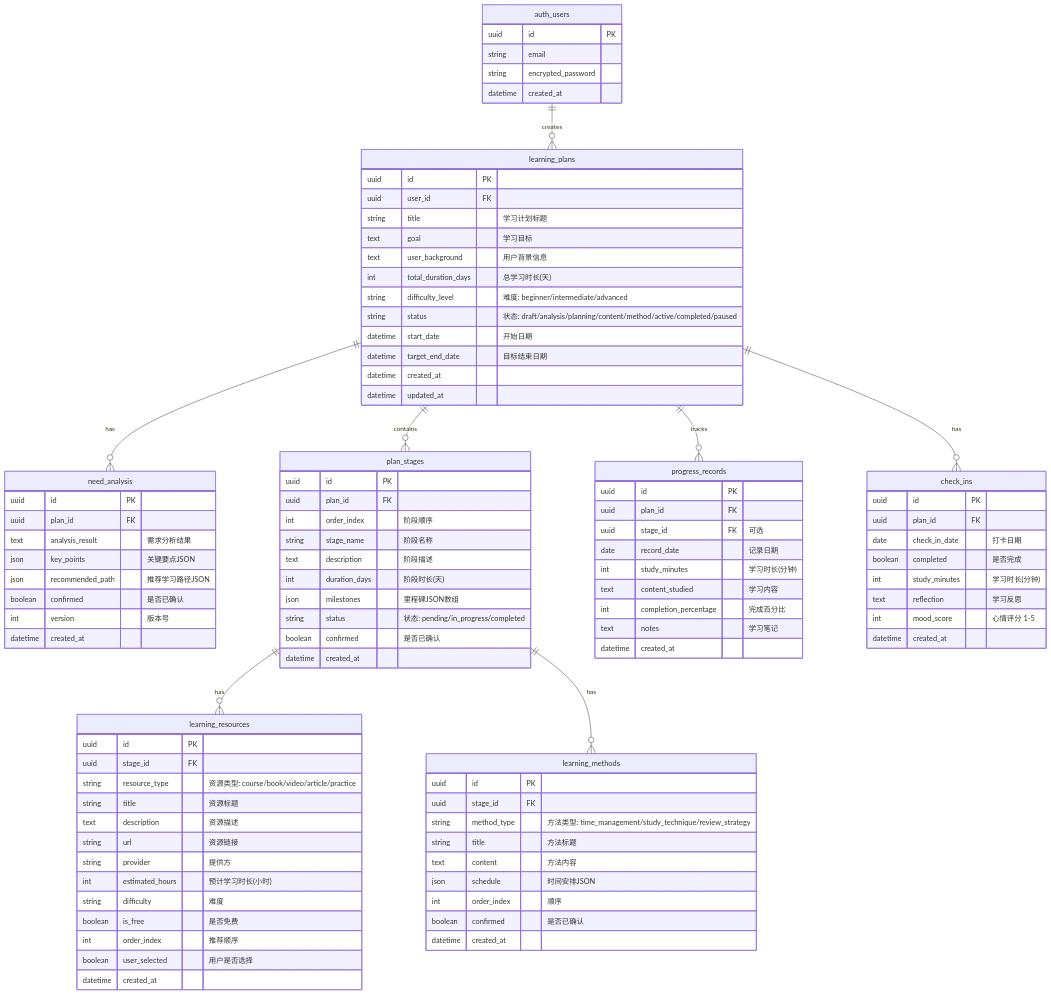
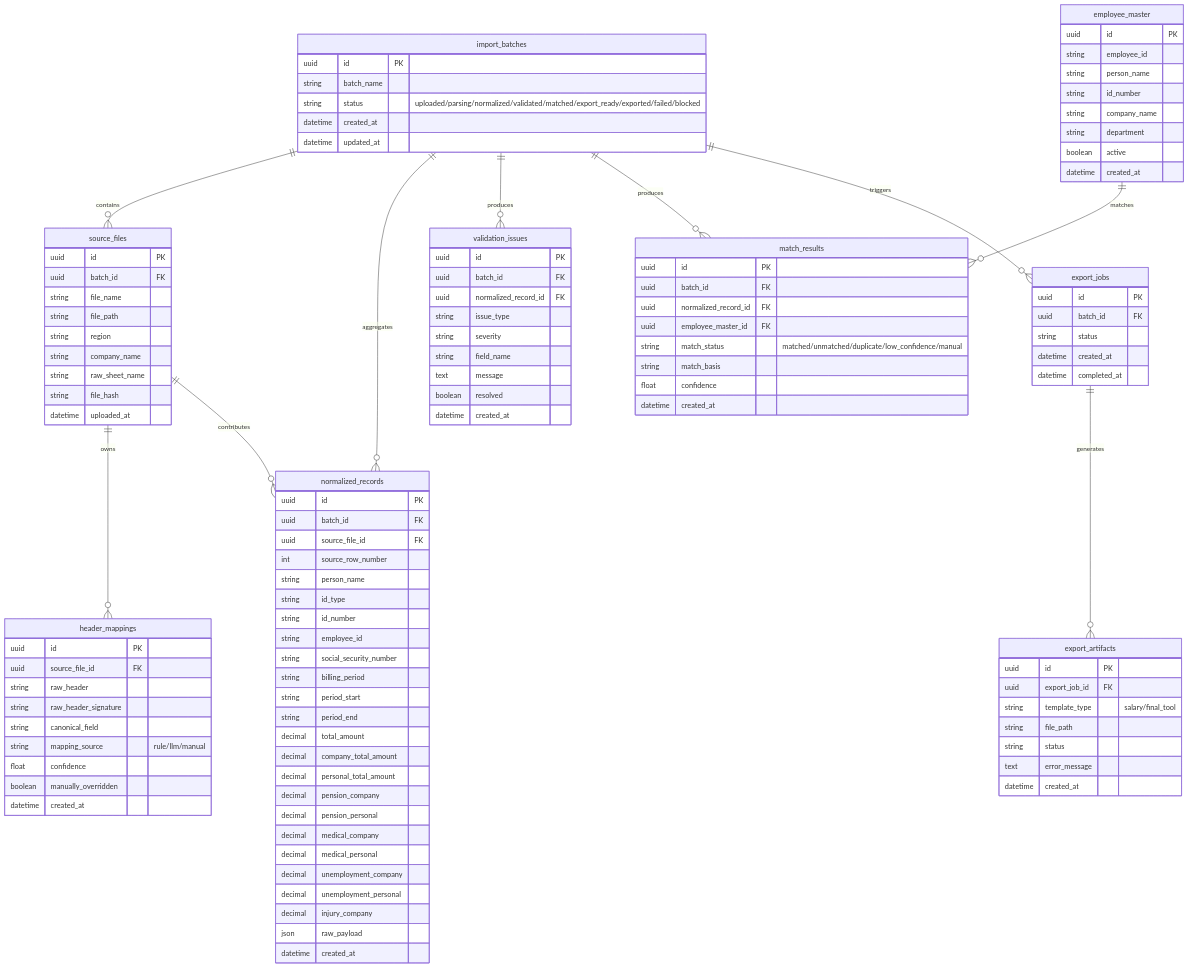
Before and after one commit to AAON66/5xyj: the fourth of 5 diagrams in .claude/architecture.md, drawn with Mermaid. The commit also changed other lines of this file and 55 other files, not shown here.

````diff
--- a/.claude/architecture.md
+++ b/.claude/architecture.md
@@ -159,107 +165,125 @@
 ```mermaid
 erDiagram
-    auth_users ||--o{ learning_plans : creates
-    learning_plans ||--o{ need_analysis : has
-    learning_plans ||--o{ plan_stages : contains
-    plan_stages ||--o{ learning_resources : has
-    plan_stages ||--o{ learning_methods : has
-    learning_plans ||--o{ progress_records : tracks
-    learning_plans ||--o{ check_ins : has
+    import_batches ||--o{ source_files : contains
+    import_batches ||--o{ normalized_records : aggregates
+    import_batches ||--o{ validation_issues : produces
+    import_batches ||--o{ match_results : produces
+    import_batches ||--o{ export_jobs : triggers
 
-    auth_users {
+    source_files ||--o{ header_mappings : owns
+    source_files ||--o{ normalized_records : contributes
+
+    employee_master ||--o{ match_results : matches
+    export_jobs ||--o{ export_artifacts : generates
+
+    import_batches {
         uuid id PK
-        string email
-        string encrypted_password
-        datetime created_at
-    }
-
-    learning_plans {
-        uuid id PK
-        uuid user_id FK
-        string title "学习计划标题"
-        text goal "学习目标"
-        text user_background "用户背景信息"
-        int total_duration_days "总学习时长(天)"
-        string difficulty_level "难度: beginner/intermediate/advanced"
-        string status "状态: draft/analysis/planning/content/method/active/completed/paused"
-        datetime start_date "开始日期"
-        datetime target_end_date "目标结束日期"
+        string batch_name
+        string status "uploaded/parsing/normalized/validated/matched/export_ready/exported/failed/blocked"
         datetime created_at
         datetime updated_at
     }
 
-    need_analysis {
+    source_files {
         uuid id PK
-        uuid plan_id FK
-        text analysis_result "需求分析结果"
-        json key_points "关键要点JSON"
-        json recommended_path "推荐学习路径JSON"
-        boolean confirmed "是否已确认"
-        int version "版本号"
+        uuid batch_id FK
+        string file_name
+        string file_path
+        string region
+        string company_name
+        string raw_sheet_name
+        string file_hash
+        datetime uploaded_at
+    }
+
+    header_mappings {
+        uuid id PK
+        uuid source_file_id FK
+        string raw_header
+        string raw_header_signature
+        string canonical_field
+        string mapping_source "rule/llm/manual"
+        float confidence
+        boolean manually_overridden
         datetime created_at
     }
 
-    plan_stages {
+    normalized_records {
         uuid id PK
-        uuid plan_id FK
-        int order_index "阶段顺序"
-        string stage_name "阶段名称"
-        text description "阶段描述"
-        int duration_days "阶段时长(天)"
-        json milestones "里程碑JSON数组"
-        string status "状态: pending/in_progress/completed"
-        boolean confirmed "是否已确认"
+        uuid batch_id FK
+        uuid source_file_id FK
+        int source_row_number
+        string person_name
+        string id_type
+        string id_number
+        string employee_id
+        string social_security_number
+        string billing_period
+        string period_start
+        string period_end
+        decimal total_amount
+        decimal company_total_amount
+        decimal personal_total_amount
+        decimal pension_company
+        decimal pension_personal
+        decimal medical_company
+        decimal medical_personal
+        decimal unemployment_company
+        decimal unemployment_personal
+        decimal injury_company
+        json raw_payload
         datetime created_at
     }
 
-    learning_resources {
+    validation_issues {
         uuid id PK
-        uuid stage_id FK
-        string resource_type "资源类型: course/book/video/article/practice"
-        string title "资源标题"
-        text description "资源描述"
-        string url "资源链接"
-        string provider "提供方"
-        int estimated_hours "预计学习时长(小时)"
-        string difficulty "难度"
-        boolean is_free "是否免费"
-        int order_index "推荐顺序"
-        boolean user_selected "用户是否选择"
+        uuid batch_id FK
+        uuid normalized_record_id FK
+        string issue_type
+        string severity
+        string field_name
+        text message
+        boolean resolved
         datetime created_at
     }
 
-    learning_methods {
+    employee_master {
         uuid id PK
-        uuid stage_id FK
-        string method_type "方法类型: time_management/study_technique/review_strategy"
-        string title "方法标题"
-        text content "方法内容"
-        json schedule "时间安排JSON"
-        int order_index "顺序"
-        boolean confirmed "是否已确认"
+        string employee_id
+        string person_name
+        string id_number
+        string company_name
+        string department
+        boolean active
         datetime created_at
     }
 
-    progress_records {
+    match_results {
         uuid id PK
-        uuid plan_id FK
-        uuid stage_id FK "可选"
-        date record_date "记录日期"
-        int study_minutes "学习时长(分钟)"
-        text content_studied "学习内容"
-        int completion_percentage "完成百分比"
-        text notes "学习笔记"
+        uuid batch_id FK
+        uuid normalized_record_id FK
+        uuid employee_master_id FK
+        string match_status "matched/unmatched/duplicate/low_confidence/manual"
+        string match_basis
+        float confidence
         datetime created_at
     }
 
-    check_ins {
+    export_jobs {
         uuid id PK
-        uuid plan_id FK
-        date check_in_date "打卡日期"
-        boolean completed "是否完成"
-        int study_minutes "学习时长(分钟)"
-        text reflection "学习反思"
-        int mood_score "心情评分 1-5"
+        uuid batch_id FK
+        string status
+        datetime created_at
+        datetime completed_at
+    }
+
+    export_artifacts {
+        uuid id PK
+        uuid export_job_id FK
+        string template_type "salary/final_tool"
+        string file_path
+        string status
+        text error_message
         datetime created_at
     }
 ```
````
